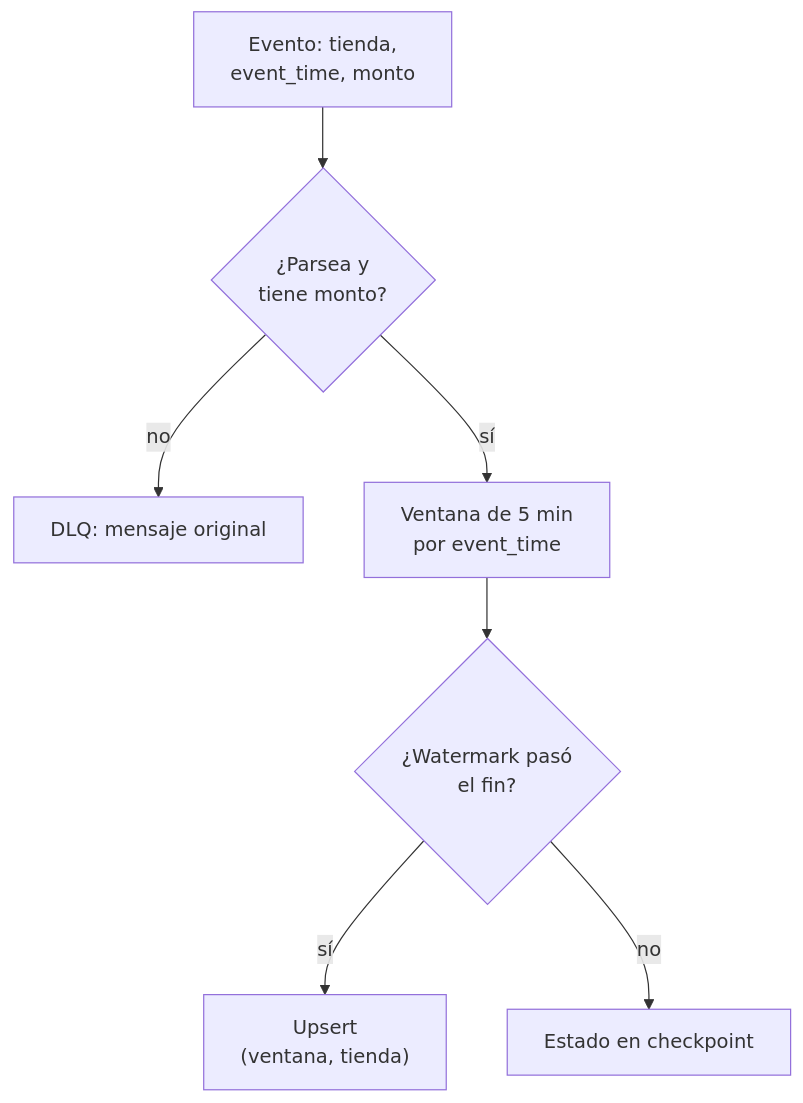
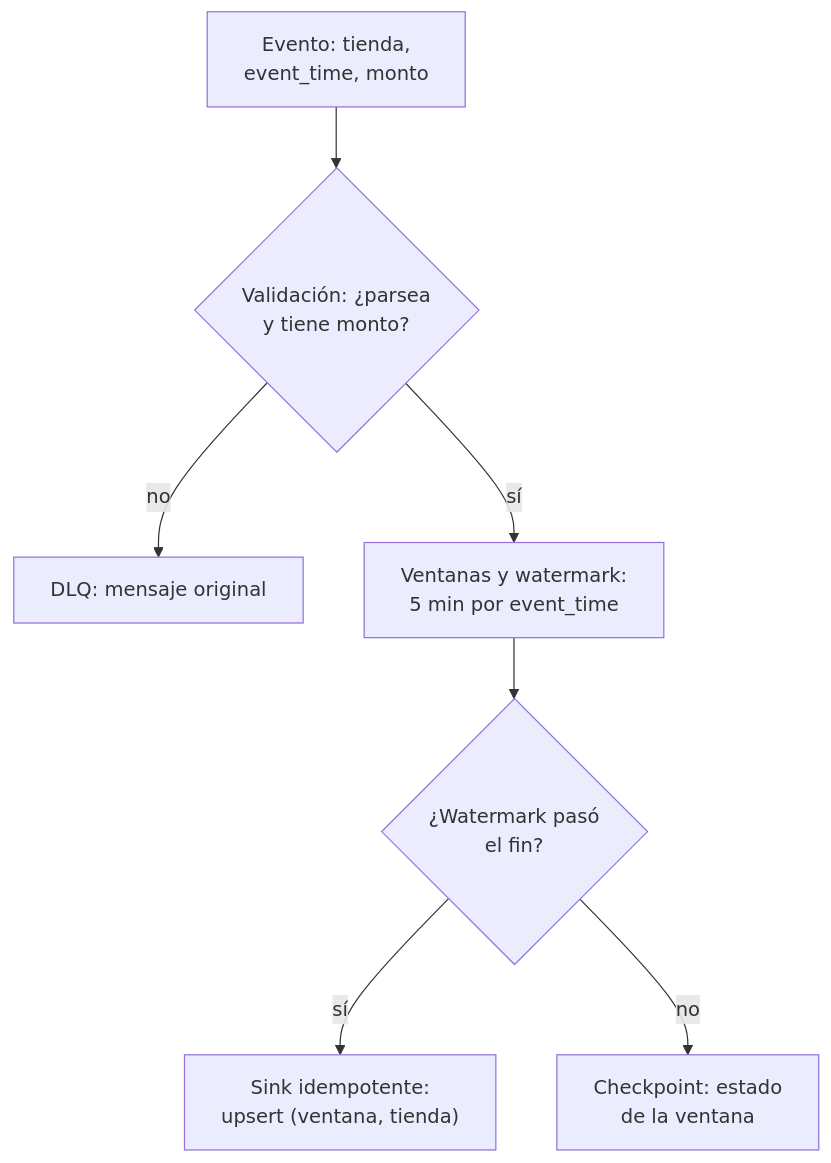
Before and after one commit to fcp4891/de-knowledge-hub: the second of 3 diagrams in content/architectures/streaming-pipeline-architecture.md, drawn with Mermaid. The commit also changed other lines of this file and 13 other files, not shown here.

````diff
--- a/content/architectures/streaming-pipeline-architecture.md
+++ b/content/architectures/streaming-pipeline-architecture.md
@@ -171,9 +171,9 @@
 ```mermaid
 flowchart TB
-  E["Evento: tienda,<br/>event_time, monto"] --> V{"¿Parsea y<br/>tiene monto?"}
+  E["Evento: tienda,<br/>event_time, monto"] --> V{"Validación: ¿parsea<br/>y tiene monto?"}
   V -- "no" --> D["DLQ: mensaje original"]
-  V -- "sí" --> W["Ventana de 5 min<br/>por event_time"]
+  V -- "sí" --> W["Ventanas y watermark:<br/>5 min por event_time"]
   W --> M{"¿Watermark pasó<br/>el fin?"}
-  M -- "sí" --> U["Upsert<br/>(ventana, tienda)"]
-  M -- "no" --> K["Estado en checkpoint"]
+  M -- "sí" --> U["Sink idempotente:<br/>upsert (ventana, tienda)"]
+  M -- "no" --> K["Checkpoint: estado<br/>de la ventana"]
 ```
````
